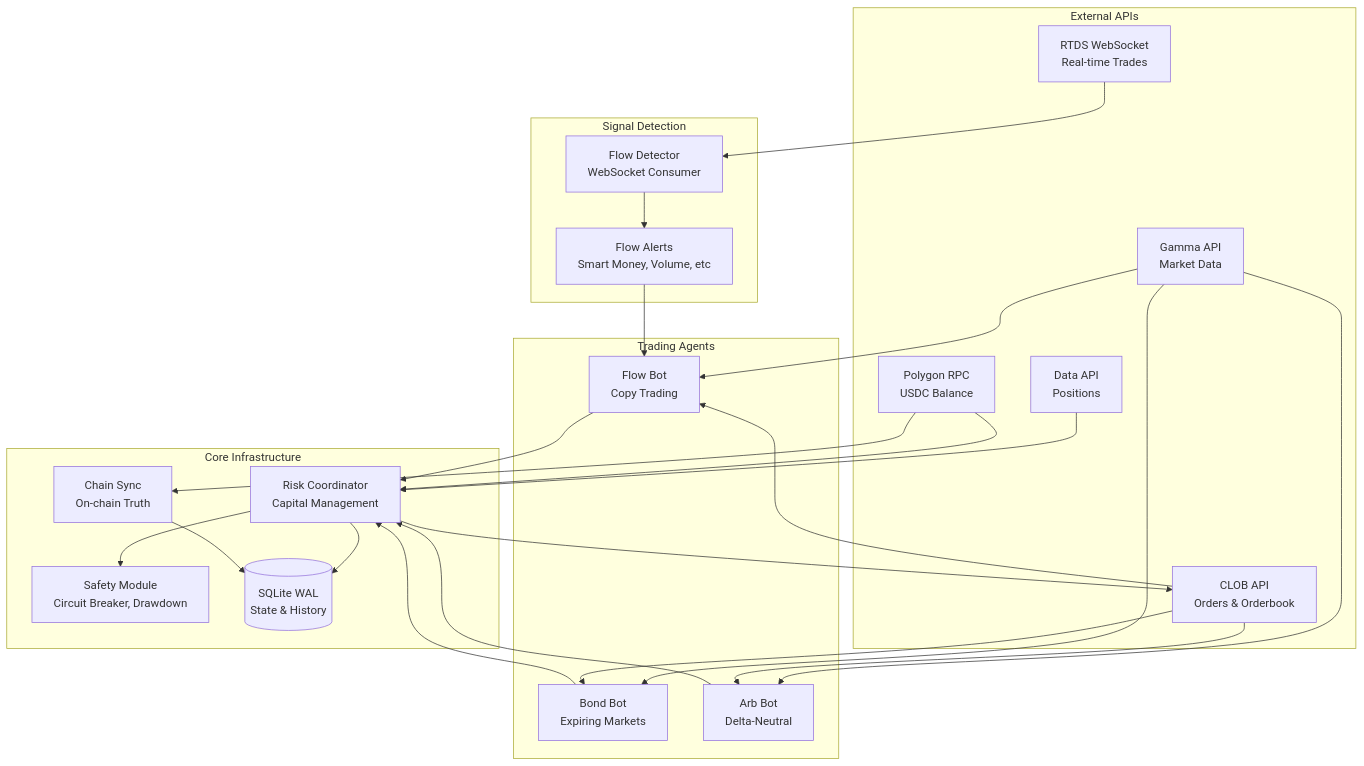
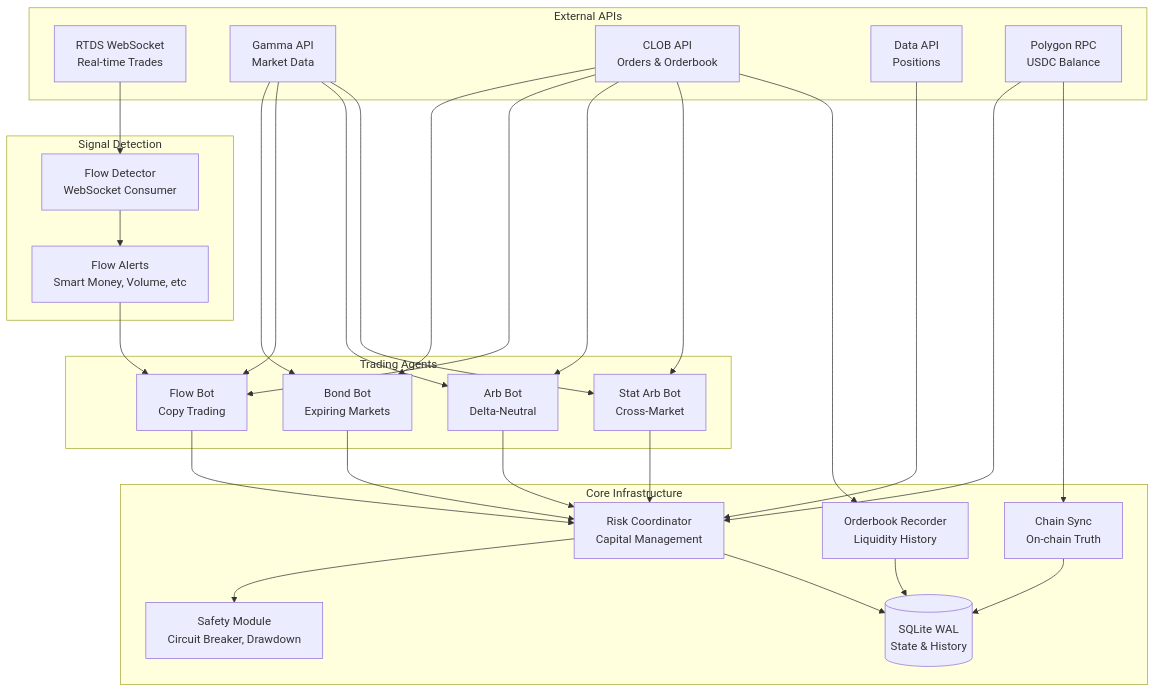
Before and after one commit to RishabSBanthiya/prediction-market-analytics: the diagram in README.md, drawn with Mermaid. The commit also changed other lines of this file and 45 other files, not shown here.

First line of the commit message:
Add VPS deployment infrastructure and stat arb strategy

````diff
--- a/README.md
+++ b/README.md
@@ -14,53 +14,40 @@
 ```mermaid
 flowchart TB
     subgraph External[External APIs]
         RTDS[RTDS WebSocket<br/>Real-time Trades]
         GAMMA[Gamma API<br/>Market Data]
         CLOB[CLOB API<br/>Orders & Orderbook]
         DATA[Data API<br/>Positions]
         POLY[Polygon RPC<br/>USDC Balance]
     end
 
     subgraph Detection[Signal Detection]
         FLOW_DET[Flow Detector<br/>WebSocket Consumer]
         ALERTS[Flow Alerts<br/>Smart Money, Volume, etc]
     end
 
     subgraph Agents[Trading Agents]
         BOND[Bond Bot<br/>Expiring Markets]
         FLOW[Flow Bot<br/>Copy Trading]
         ARB[Arb Bot<br/>Delta-Neutral]
+        STAT[Stat Arb Bot<br/>Cross-Market]
     end
 
     subgraph Core[Core Infrastructure]
         RISK[Risk Coordinator<br/>Capital Management]
         SAFETY[Safety Module<br/>Circuit Breaker, Drawdown]
         STORE[(SQLite WAL<br/>State & History)]
         SYNC[Chain Sync<br/>On-chain Truth]
+        OB_REC[Orderbook Recorder<br/>Liquidity History]
     end
 
-    RTDS --> FLOW_DET
-    FLOW_DET --> ALERTS
-    ALERTS --> FLOW
-
-    GAMMA --> BOND
-    GAMMA --> FLOW
-    GAMMA --> ARB
-
-    CLOB --> BOND
-    CLOB --> FLOW
-    CLOB --> ARB
-
+    RTDS --> FLOW_DET --> ALERTS --> FLOW
+    GAMMA --> BOND & FLOW & ARB & STAT
+    CLOB --> BOND & FLOW & ARB & STAT & OB_REC
     DATA --> RISK
-    POLY --> RISK
-    POLY --> SYNC
-
-    BOND --> RISK
-    FLOW --> RISK
-    ARB --> RISK
-
-    RISK --> SAFETY
-    RISK --> STORE
+    POLY --> RISK & SYNC
+    BOND & FLOW & ARB & STAT --> RISK
+    RISK --> SAFETY & STORE
     SYNC --> STORE
-    RISK --> CLOB
+    OB_REC --> STORE
 ```
````
